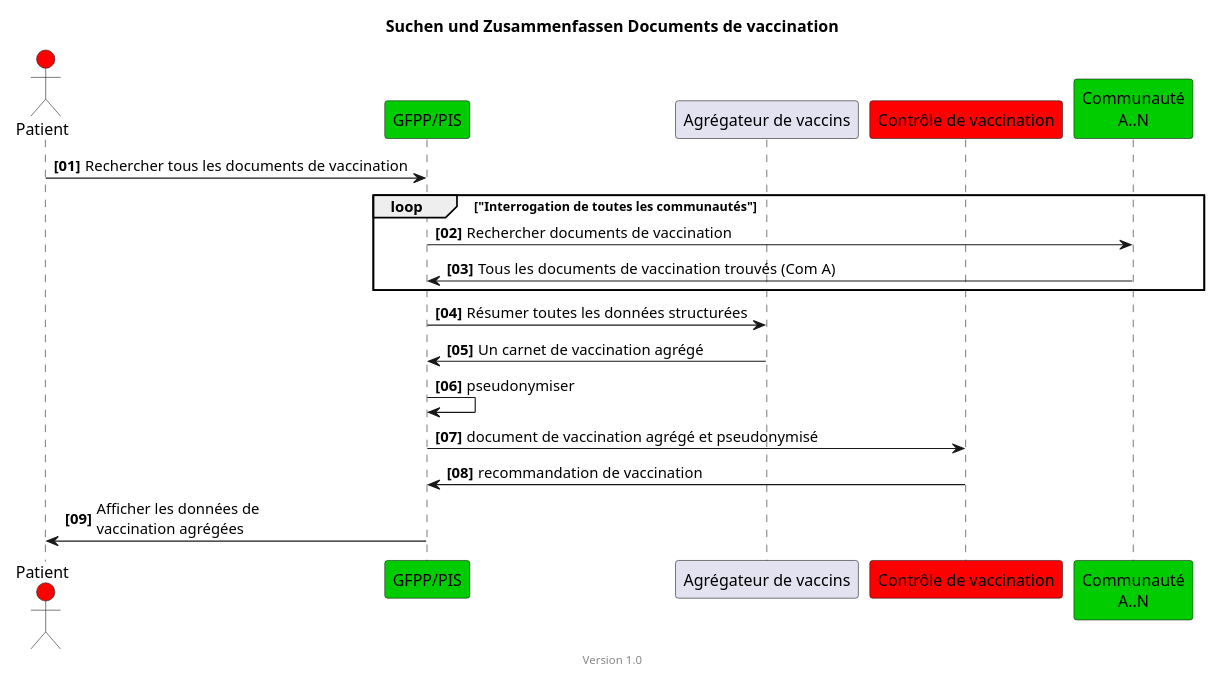
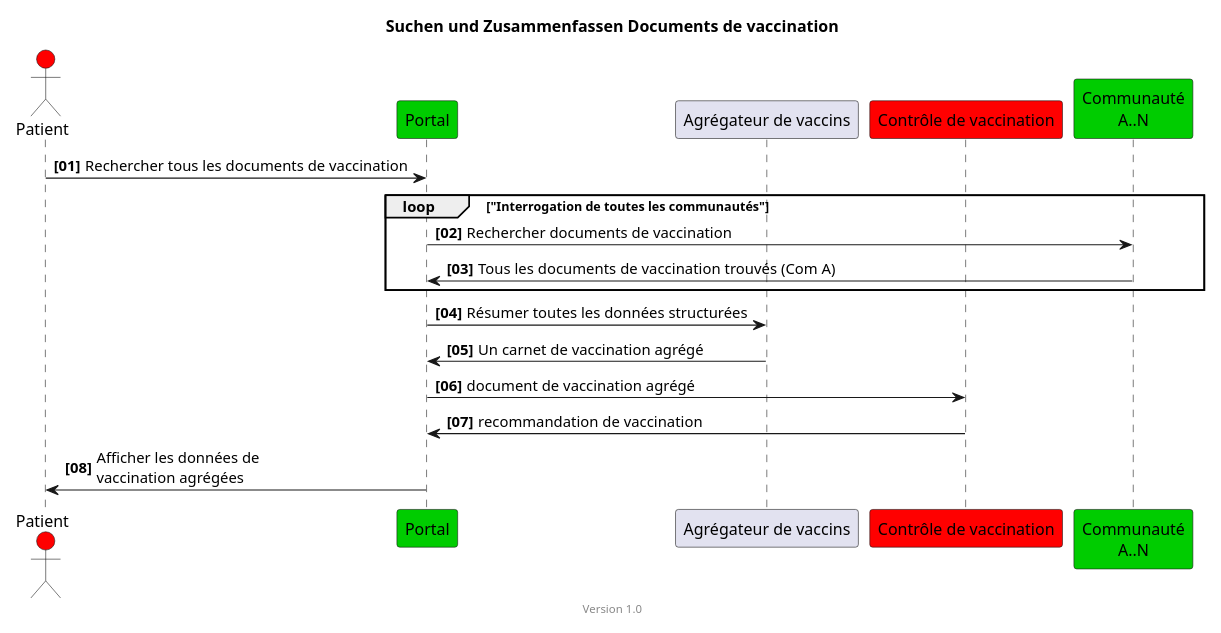
One commit to hl7ch/ch-vacd changed the diagram in input/images-source/epd-impfcheck-vaccination-docs-simple-patient-fr.plantuml. Above: the diagram before and after it, drawn with PlantUML. The commit also changed 11 other files, not shown here.

Commit message:
#194 precise and fix the sequence diagrams. remove pseudonomise and change GFPP/PIS for patient to Portal

```diff
--- a/input/images-source/epd-impfcheck-vaccination-docs-simple-patient-fr.plantuml
+++ b/input/images-source/epd-impfcheck-vaccination-docs-simple-patient-fr.plantuml
@@ -1,27 +1,27 @@
 @startuml
 title Suchen und Zusammenfassen Documents de vaccination
 footer Version 1.0
 skinparam responseMessageBelowArrow true
 scale max 800 width
 
 actor Patient #red
-participant "GFPP/PIS" #00CC00
+participant "Portal" #00CC00
 participant "Agrégateur de vaccins"
 participant "Contrôle de vaccination" #red
 
 participant "Communauté\nA..N" #00CC00
 
 autonumber "<b>[00]"
-Patient -> "GFPP/PIS": Rechercher tous les documents de vaccination
+Patient -> "Portal": Rechercher tous les documents de vaccination
 loop "Interrogation de toutes les communautés"
-"GFPP/PIS" -> "Communauté\nA..N": Rechercher documents de vaccination
-"Communauté\nA..N" -> "GFPP/PIS": Tous les documents de vaccination trouvés (Com A)
+"Portal" -> "Communauté\nA..N": Rechercher documents de vaccination
+"Communauté\nA..N" -> "Portal": Tous les documents de vaccination trouvés (Com A)
 end
-"GFPP/PIS" -> "Agrégateur de vaccins": Résumer toutes les données structurées
-"Agrégateur de vaccins" ->  "GFPP/PIS": Un carnet de vaccination agrégé
-"GFPP/PIS" -> "GFPP/PIS": pseudonymiser
-"GFPP/PIS" ->  "Contrôle de vaccination": document de vaccination agrégé et pseudonymisé
-"Contrôle de vaccination" -> "GFPP/PIS": recommandation de vaccination
-"GFPP/PIS" -> Patient: Afficher les données de\nvaccination agrégées
+"Portal" -> "Agrégateur de vaccins": Résumer toutes les données structurées
+"Agrégateur de vaccins" ->  "Portal": Un carnet de vaccination agrégé
+' "Portal" -> "Portal": pseudonymiser
+"Portal" ->  "Contrôle de vaccination": document de vaccination agrégé
+"Contrôle de vaccination" -> "Portal": recommandation de vaccination
+"Portal" -> Patient: Afficher les données de\nvaccination agrégées
 
 @enduml
```
